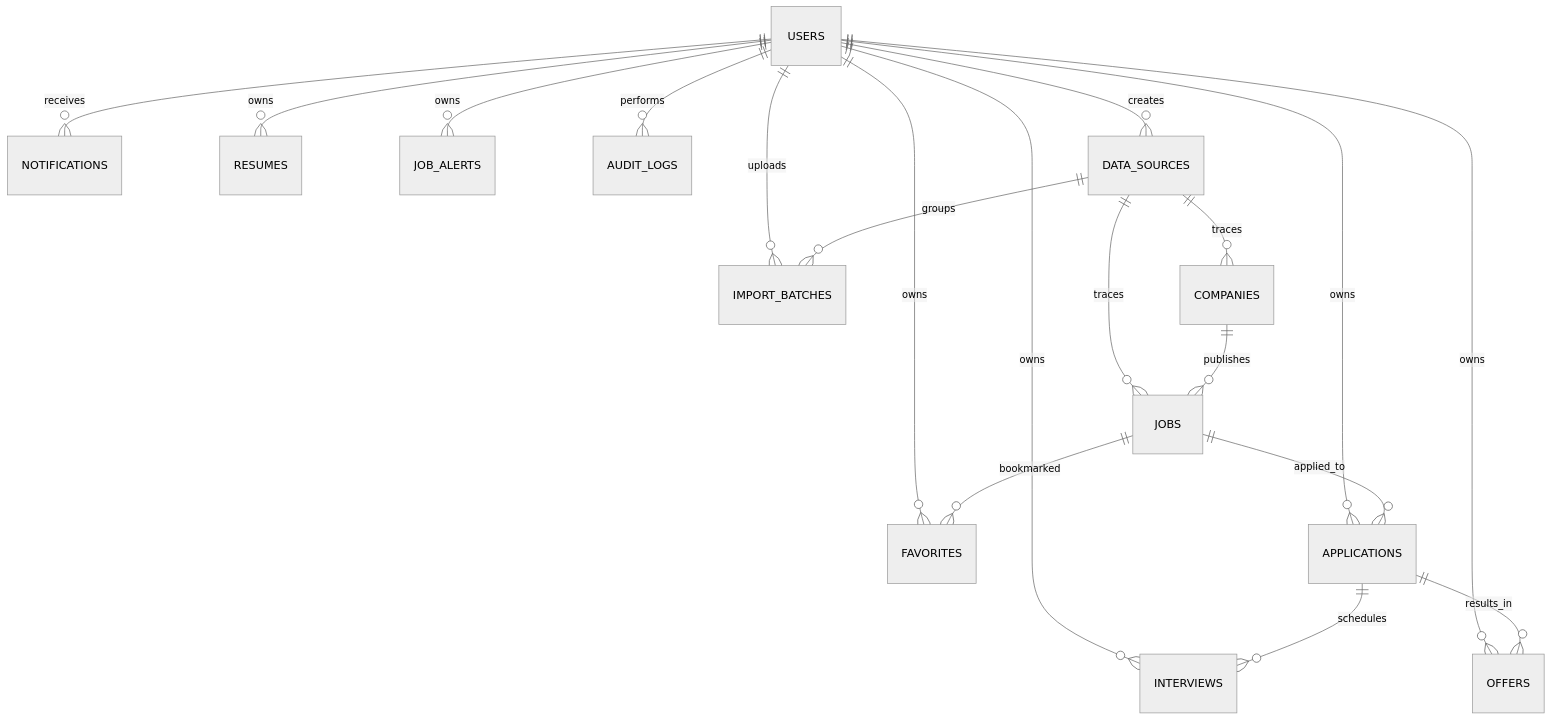
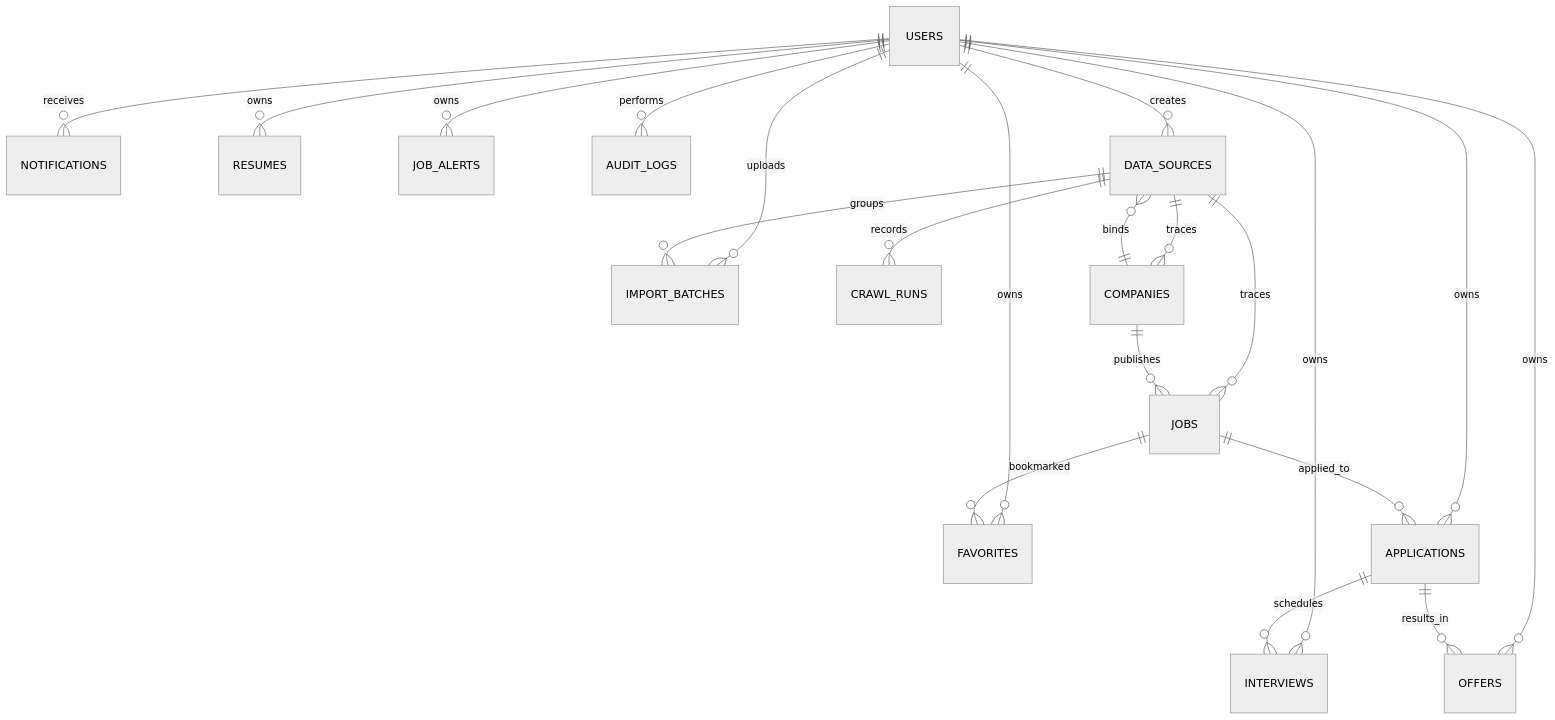
Before and after one commit to h46373824-tech/offerPilot-AI: the second of 3 diagrams in docs/ARCHITECTURE.md, drawn with Mermaid (neutral theme). The commit also changed other lines of this file and 21 other files, not shown here.

````diff
--- a/docs/ARCHITECTURE.md
+++ b/docs/ARCHITECTURE.md
@@ -100,21 +102,23 @@
 ```mermaid
 erDiagram
     USERS ||--o{ FAVORITES : owns
     USERS ||--o{ APPLICATIONS : owns
     USERS ||--o{ INTERVIEWS : owns
     USERS ||--o{ OFFERS : owns
     USERS ||--o{ NOTIFICATIONS : receives
     USERS ||--o{ RESUMES : owns
     USERS ||--o{ JOB_ALERTS : owns
     USERS ||--o{ AUDIT_LOGS : performs
     USERS ||--o{ DATA_SOURCES : creates
     USERS ||--o{ IMPORT_BATCHES : uploads
     DATA_SOURCES ||--o{ IMPORT_BATCHES : groups
+    DATA_SOURCES ||--o{ CRAWL_RUNS : records
+    COMPANIES ||--o{ DATA_SOURCES : binds
     DATA_SOURCES ||--o{ COMPANIES : traces
     DATA_SOURCES ||--o{ JOBS : traces
     COMPANIES ||--o{ JOBS : publishes
     JOBS ||--o{ FAVORITES : bookmarked
     JOBS ||--o{ APPLICATIONS : applied_to
     APPLICATIONS ||--o{ INTERVIEWS : schedules
     APPLICATIONS ||--o{ OFFERS : results_in
 ```
````
